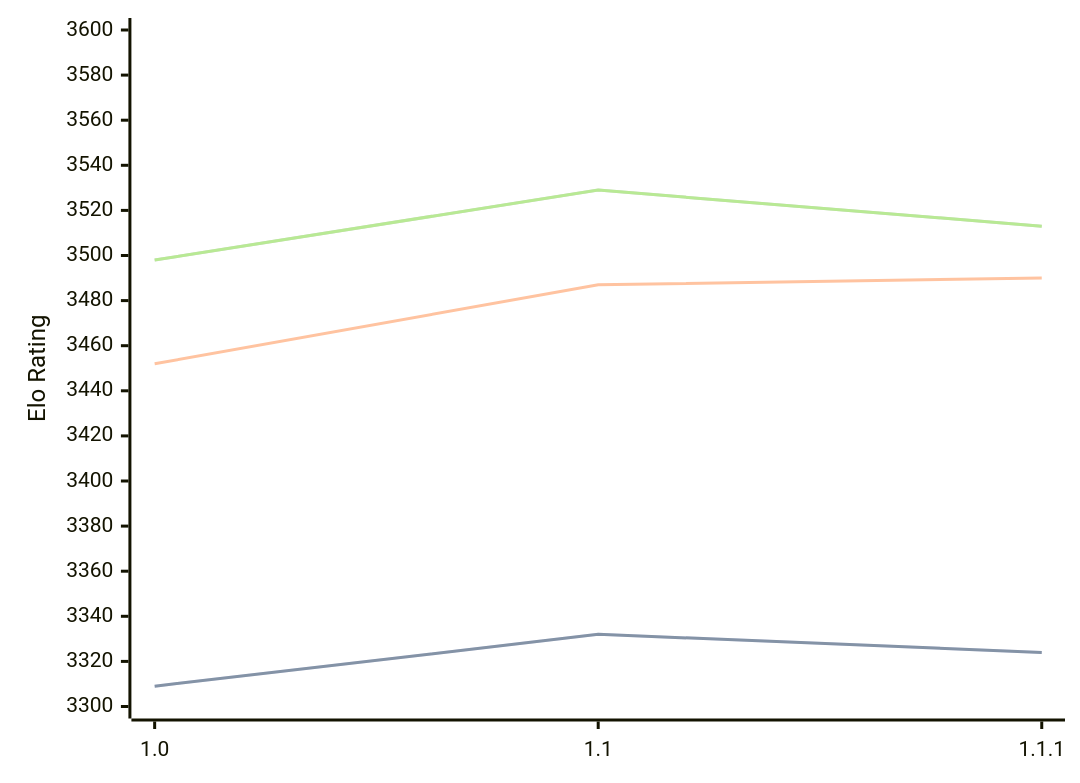
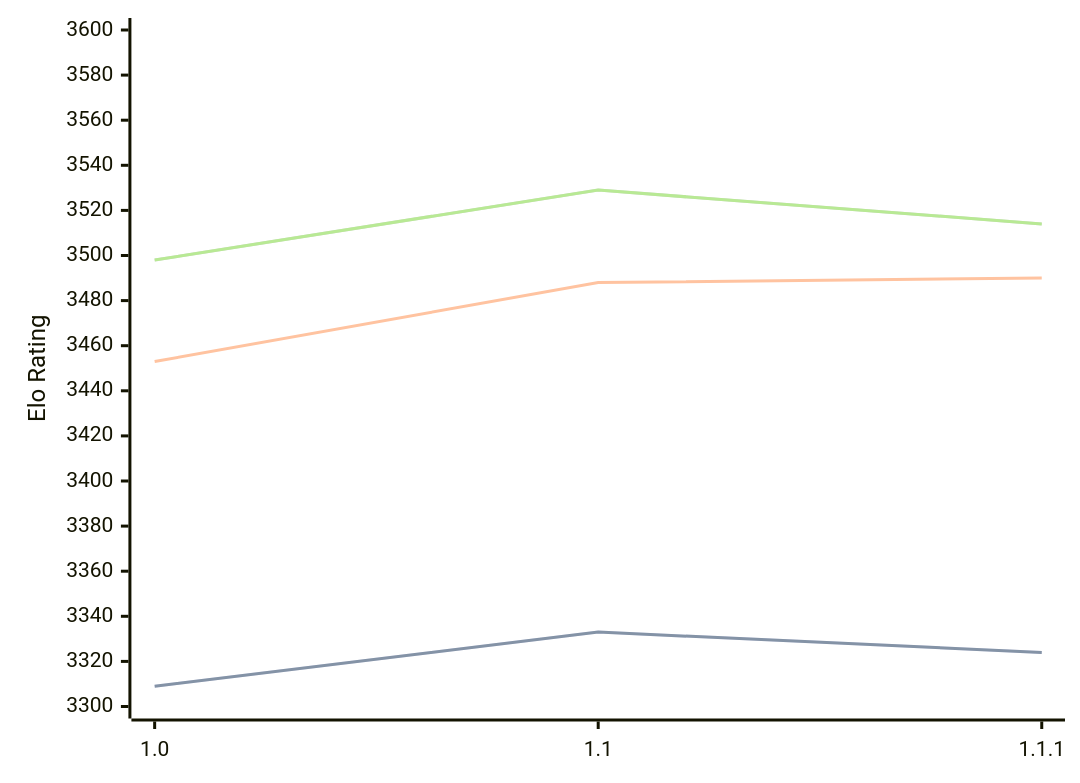
Before and after one commit to computer-chess-index/cci: the diagram in engines/Icarus.md, drawn with Mermaid. The commit also changed other lines of this file, not shown here.

Commit message:
Update CCI Ratings (ELO VLTC) - 2026-08-21

````diff
--- a/engines/Icarus.md
+++ b/engines/Icarus.md
@@ -33,11 +33,11 @@
 ```mermaid
 %%{init: {"theme":"base","themeVariables":{"seriesColors:['#a3a3a3','#222221','#faa371']}}}%%
 xychart-beta
   x-axis ["1.0", "1.1", "1.1.1"]
   y-axis "Elo Rating" 3300 --> 3600
-  line "STC (8.0+0.08s)" [3309, 3332, 3324]
-  line "STC (8.0+0.08s)" [3309, 3332, 3324]
-  line "LTC (60.0+0.60s)" [3452, 3487, 3490]
-  line "VLTC (2m24s+1.12s)" [3498, 3529, 3513]
-  line "VLTC (2m24s+1.12s)" [3498, 3529, 3513]
+  line "STC (8.0+0.08s)" [3309, 3333, 3324]
+  line "STC (8.0+0.08s)" [3309, 3333, 3324]
+  line "LTC (60.0+0.60s)" [3453, 3488, 3490]
+  line "VLTC (2m24s+1.12s)" [3498, 3529, 3514]
+  line "VLTC (2m24s+1.12s)" [3498, 3529, 3514]
 ```
````
